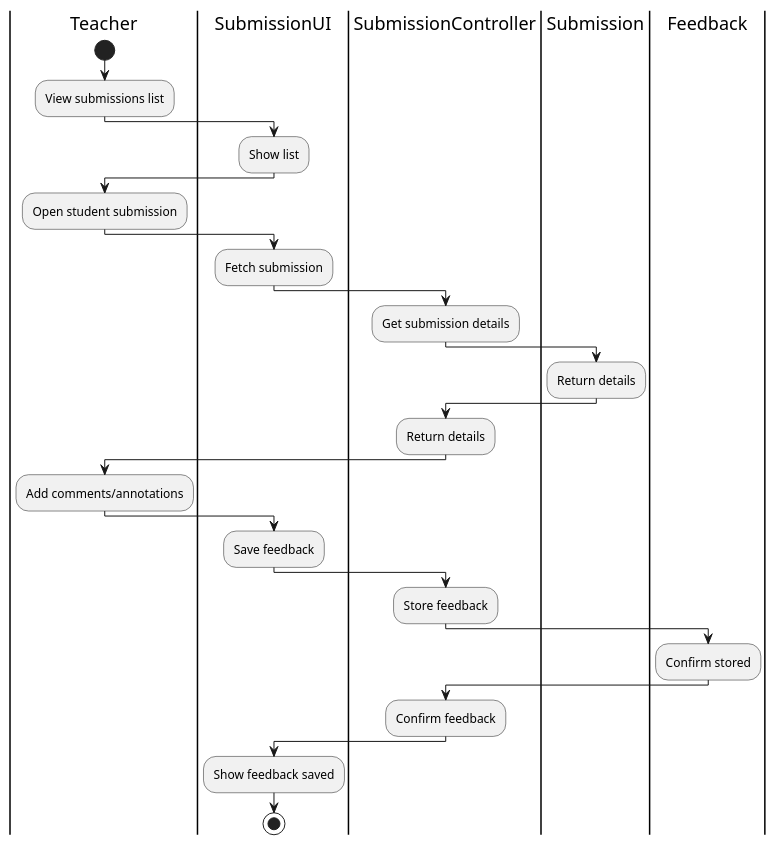
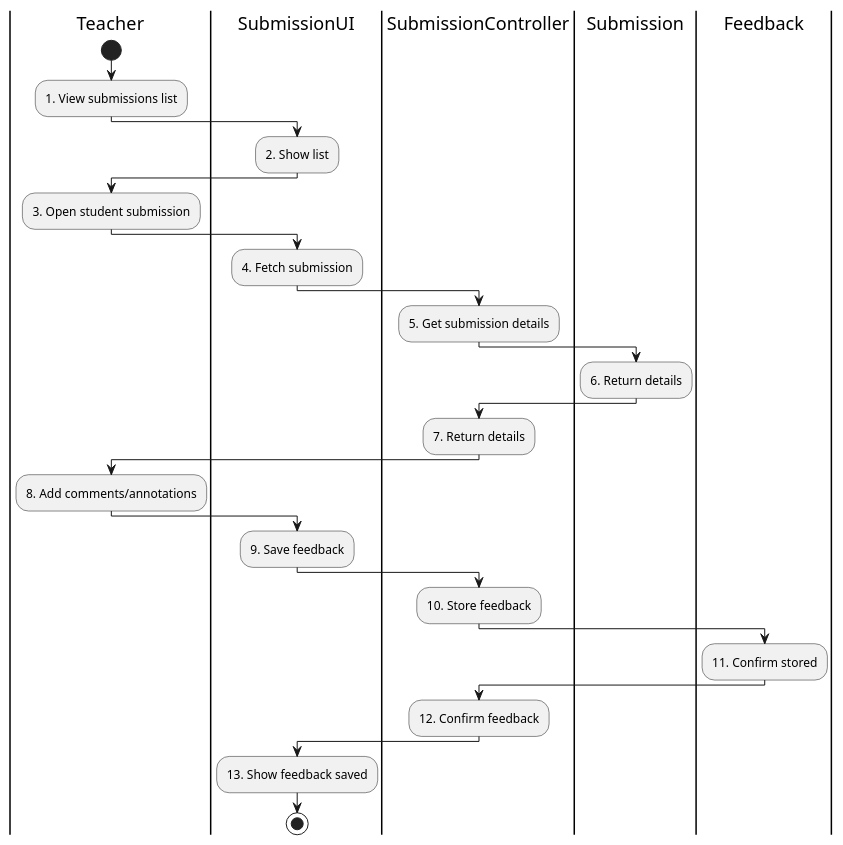
One commit to Huangphoux/uit-SE357_requirement changed the diagram in docs/2. Diagrams/Activity diagram/14. ReviewSubmissions&Comment/ReviewSubmissionsComment.pu. Above: the diagram before and after it, drawn with PlantUML. The commit also changed 85 other files, not shown here.

```diff
--- a/docs/2. Diagrams/Activity diagram/14. ReviewSubmissions&Comment/ReviewSubmissionsComment.pu
+++ b/docs/2. Diagrams/Activity diagram/14. ReviewSubmissions&Comment/ReviewSubmissionsComment.pu
@@ -1,30 +1,30 @@
 @startuml ReviewSubmissionsComment
 |Teacher|
 start
-:View submissions list;
+:1. View submissions list;
 |SubmissionUI|
-:Show list;
+:2. Show list;
 |Teacher|
-:Open student submission;
+:3. Open student submission;
 |SubmissionUI|
-:Fetch submission;
+:4. Fetch submission;
 |SubmissionController|
-:Get submission details;
+:5. Get submission details;
 |Submission|
-:Return details;
+:6. Return details;
 |SubmissionController|
-:Return details;
+:7. Return details;
 |Teacher|
-:Add comments/annotations;
+:8. Add comments/annotations;
 |SubmissionUI|
-:Save feedback;
+:9. Save feedback;
 |SubmissionController|
-:Store feedback;
+:10. Store feedback;
 |Feedback|
-:Confirm stored;
+:11. Confirm stored;
 |SubmissionController|
-:Confirm feedback;
+:12. Confirm feedback;
 |SubmissionUI|
-:Show feedback saved;
+:13. Show feedback saved;
 stop
 @enduml
```
